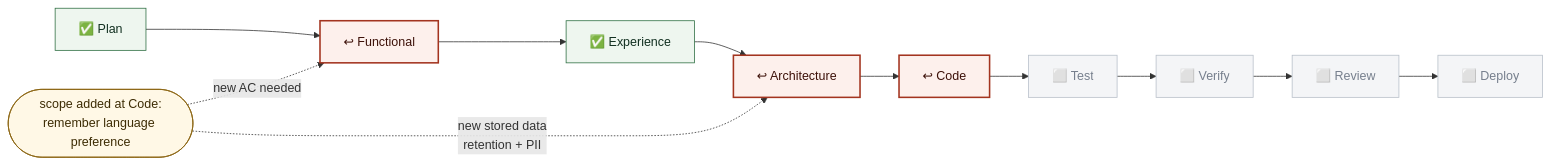
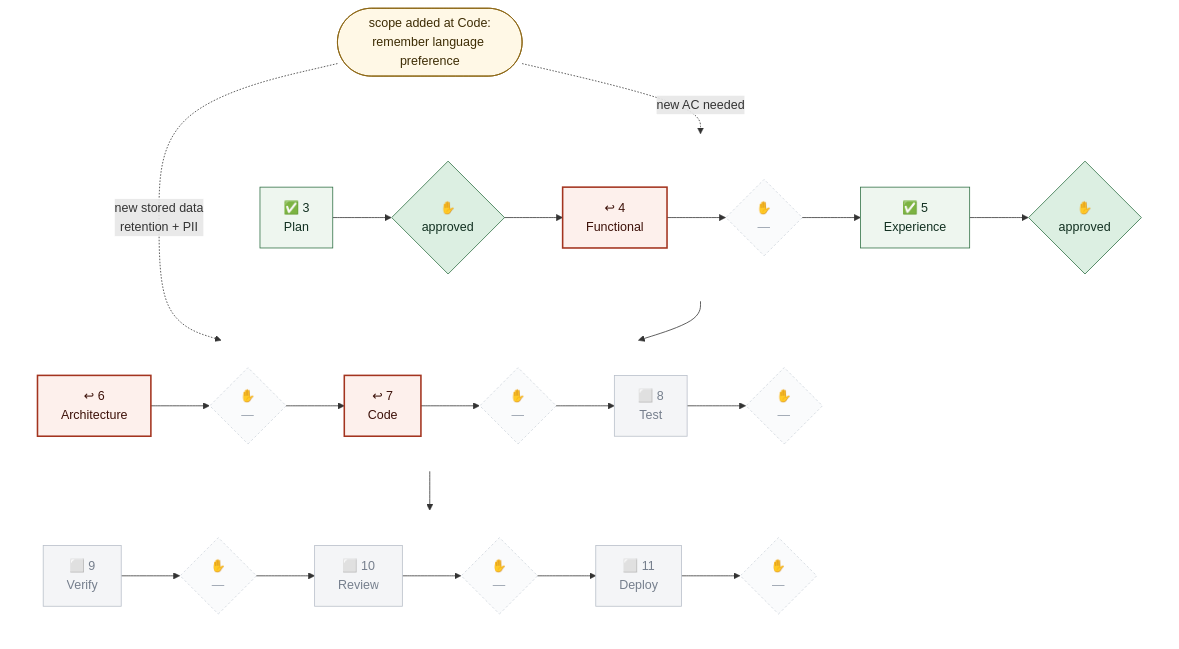
One commit to tandonakhil/AICluadeCode changed the seventh of 7 diagrams in admin/samples/PIPELINE_WALKTHROUGH.md. Above: the diagram before and after it, drawn with Mermaid. The commit also changed other lines of this file and 5 other files, not shown here.

First line of the commit message:
Graph: wrap at 7 boxes, human checkpoints as activated steps, mandatory control

````diff
--- a/admin/samples/PIPELINE_WALKTHROUGH.md
+++ b/admin/samples/PIPELINE_WALKTHROUGH.md
@@ -378,19 +534,36 @@
 ```mermaid
-flowchart LR
-  E3["✅ Plan"] --> E4["↩ Functional"]
-  E4 --> E5["✅ Experience"] --> E6["↩ Architecture"]
-  E6 --> E7["↩ Code"] --> E8["⬜ Test"] --> E9["⬜ Verify"]
-  E9 --> E10["⬜ Review"] --> E11["⬜ Deploy"]
-
-  NEW(["scope added at Code:<br/>remember language preference"]) -.->|"new AC needed"| E4
-  NEW -.->|"new stored data<br/>retention + PII"| E6
-
+flowchart TB
+  NEW(["scope added at Code:<br/>remember language preference"])
+  NEW -.->|new AC needed| E4
+  NEW -.->|new stored data<br/>retention + PII| E6
+  class NEW note
+  subgraph r1 [" "]
+    direction LR
+    E3["✅ 3<br/>Plan"] --> A3{"✋<br/>approved"} --> E4["↩ 4<br/>Functional"] --> A4{"✋<br/>—"} --> E5["✅ 5<br/>Experience"] --> A5{"✋<br/>approved"}
+  end
+  subgraph r2 [" "]
+    direction LR
+    E6["↩ 6<br/>Architecture"] --> A6{"✋<br/>—"} --> E7["↩ 7<br/>Code"] --> A7{"✋<br/>—"} --> E8["⬜ 8<br/>Test"] --> A8{"✋<br/>—"}
+  end
+  subgraph r3 [" "]
+    direction LR
+    E9["⬜ 9<br/>Verify"] --> A9{"✋<br/>—"} --> E10["⬜ 10<br/>Review"] --> A10{"✋<br/>—"} --> E11["⬜ 11<br/>Deploy"] --> A11{"✋<br/>—"}
+  end
+  A5 --> E6
+  A8 --> E9
   classDef done    fill:#eef6ef,stroke:#2f6f43,color:#123021
+  classDef active  fill:#fff8e6,stroke:#8a6410,stroke-width:2px,color:#3d2c04
   classDef looped  fill:#fdf0ec,stroke:#a3341f,stroke-width:2px,color:#3d1109
   classDef pending fill:#f4f5f7,stroke:#b8bfc9,color:#767f8d
+  classDef hdone   fill:#dcefe2,stroke:#2f6f43,color:#123021
+  classDef hwait   fill:#ffe9a8,stroke:#8a6410,stroke-width:4px,color:#3d2c04
+  classDef hpend   fill:#fafbfc,stroke:#cfd5dd,color:#98a1ad,stroke-dasharray:3 3
   classDef note    fill:#fff8e6,stroke:#8a6410,color:#3d2c04
+  classDef rowbox  fill:none,stroke:none
   class E3,E5 done
+  class A3,A5 hdone
   class E4,E6,E7 looped
+  class A4,A6,A7,A8,A9,A10,A11 hpend
   class E8,E9,E10,E11 pending
-  class NEW note
+  class r1,r2,r3 rowbox
 ```
````
